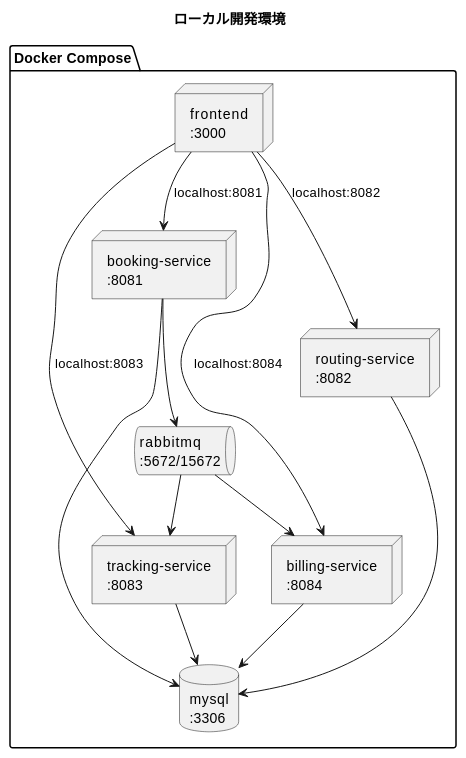
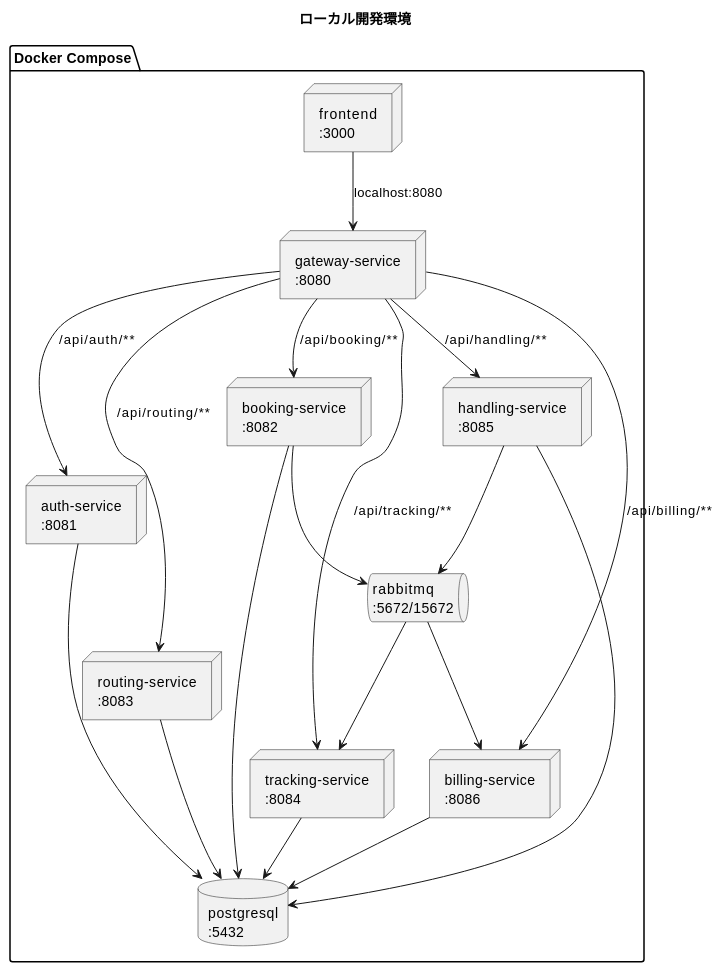
One commit to k2works/case-study-cargo-tracker changed the second of 4 diagrams in docs/design/architecture_infrastructure.md. Above: the diagram before and after it, drawn with PlantUML. The commit also changed other lines of this file and 4 other files, not shown here.

````diff
--- a/docs/design/architecture_infrastructure.md
+++ b/docs/design/architecture_infrastructure.md
@@ -100,31 +115,40 @@
 ```plantuml
 @startuml
 
 title ローカル開発環境
 
 package "Docker Compose" {
-  node "booking-service\n:8081" as bs
-  node "routing-service\n:8082" as rs
-  node "tracking-service\n:8083" as ts
-  node "billing-service\n:8084" as bis
+  node "gateway-service\n:8080" as gw
+  node "auth-service\n:8081" as auths
+  node "booking-service\n:8082" as bs
+  node "routing-service\n:8083" as rs
+  node "tracking-service\n:8084" as ts
+  node "handling-service\n:8085" as hs
+  node "billing-service\n:8086" as bis
   node "frontend\n:3000" as fe
-  database "mysql\n:3306" as db
+  database "postgresql\n:5432" as db
   queue "rabbitmq\n:5672/15672" as mq
 }
 
-fe --> bs : localhost:8081
-fe --> rs : localhost:8082
-fe --> ts : localhost:8083
-fe --> bis : localhost:8084
+fe --> gw : localhost:8080
+gw --> auths : /api/auth/**
+gw --> bs : /api/booking/**
+gw --> rs : /api/routing/**
+gw --> ts : /api/tracking/**
+gw --> hs : /api/handling/**
+gw --> bis : /api/billing/**
 
+auths --> db
 bs --> db
 rs --> db
 ts --> db
+hs --> db
 bis --> db
 
 bs --> mq
+hs --> mq
 mq --> ts
 mq --> bis
 
 @enduml
 ```
````
